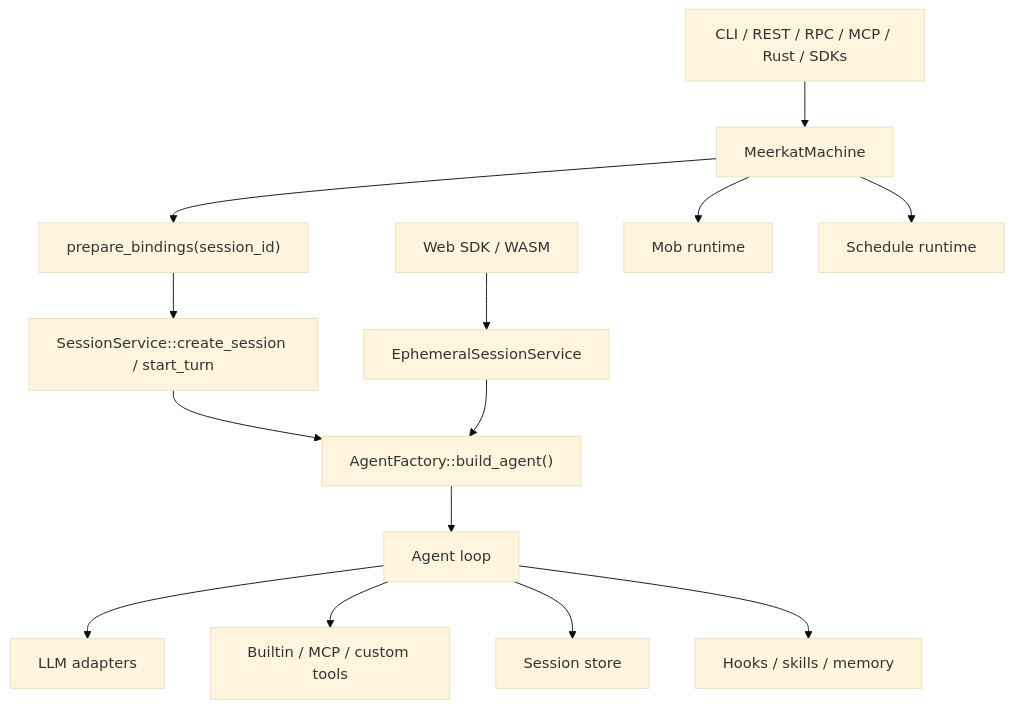
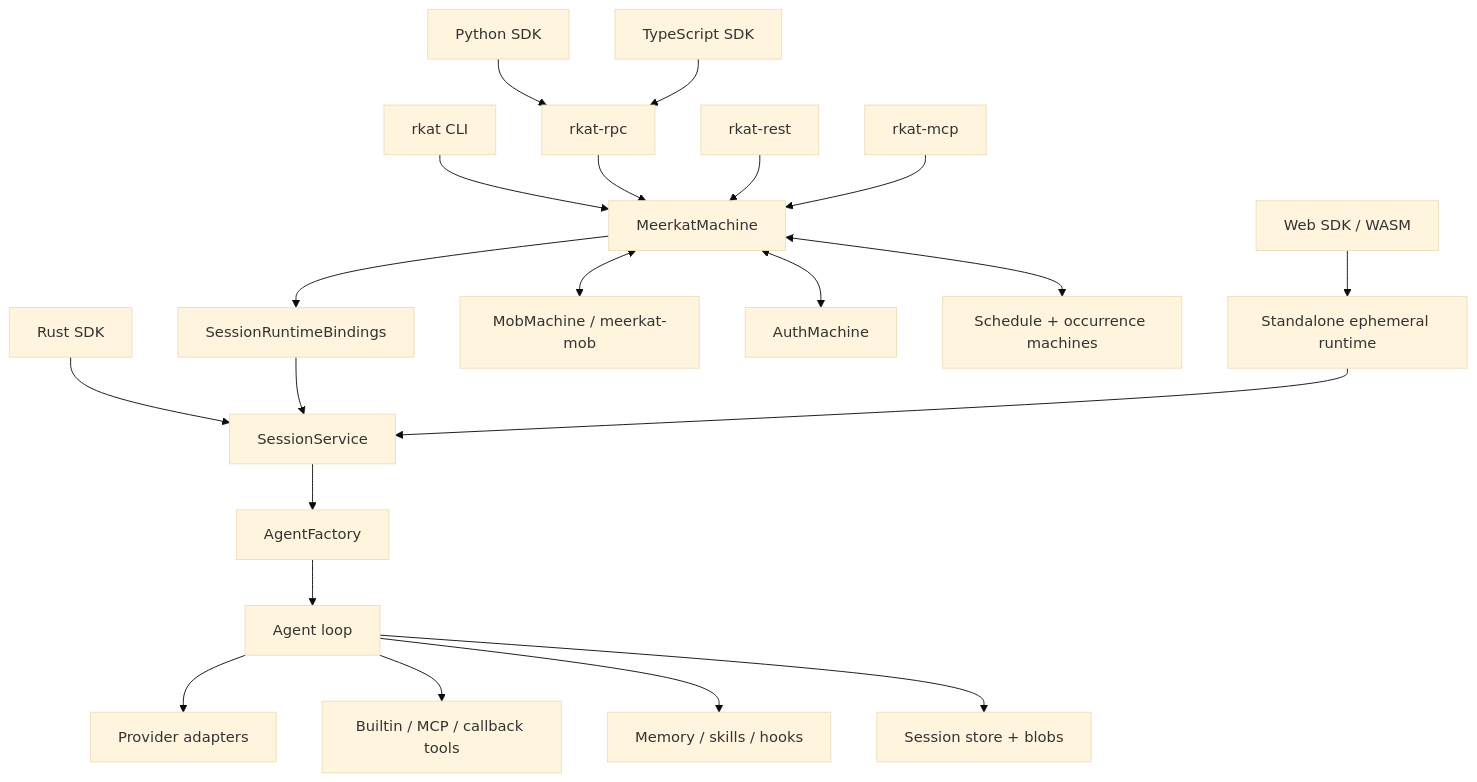
The diagram in docs/reference/architecture.mdx (carenic/meerkat), drawn with Mermaid (base theme) before and after one commit. The commit also changed other lines of this file and 85 other files, not shown here.

````diff
--- a/docs/reference/architecture.mdx
+++ b/docs/reference/architecture.mdx
@@ -15,17 +19,26 @@
 ```mermaid
-graph TD
-    SURFACES["CLI / REST / RPC / MCP / Rust / SDKs"] --> MACHINE["MeerkatMachine"]
-    MACHINE --> BINDINGS["prepare_bindings(session_id)"]
-    BINDINGS --> SERVICE["SessionService::create_session / start_turn"]
-    SERVICE --> FACTORY["AgentFactory::build_agent()"]
-    WEB["Web SDK / WASM"] --> EPHEMERAL["EphemeralSessionService"]
-    EPHEMERAL --> FACTORY
+flowchart TD
+    CLI["rkat CLI"] --> RUNTIME["MeerkatMachine"]
+    RPC["rkat-rpc"] --> RUNTIME
+    REST["rkat-rest"] --> RUNTIME
+    MCP["rkat-mcp"] --> RUNTIME
+    PY["Python SDK"] --> RPC
+    TS["TypeScript SDK"] --> RPC
+    RUST["Rust SDK"] --> SERVICE["SessionService"]
+    WEB["Web SDK / WASM"] --> EPHEMERAL["Standalone ephemeral runtime"]
+
+    RUNTIME --> BINDINGS["SessionRuntimeBindings"]
+    BINDINGS --> SERVICE
+    EPHEMERAL --> SERVICE
+    SERVICE --> FACTORY["AgentFactory"]
     FACTORY --> AGENT["Agent loop"]
 
-    AGENT --> PROVIDERS["LLM adapters"]
-    AGENT --> TOOLS["Builtin / MCP / custom tools"]
-    AGENT --> STORE["Session store"]
-    AGENT --> HOOKS["Hooks / skills / memory"]
-    MACHINE --> MOB["Mob runtime"]
-    MACHINE --> SCHEDULE["Schedule runtime"]
+    AGENT --> PROVIDERS["Provider adapters"]
+    AGENT --> TOOLS["Builtin / MCP / callback tools"]
+    AGENT --> MEMORY["Memory / skills / hooks"]
+    AGENT --> STORE["Session store + blobs"]
+
+    RUNTIME <--> MOB["MobMachine / meerkat-mob"]
+    RUNTIME <--> AUTH["AuthMachine"]
+    RUNTIME <--> SCHEDULE["Schedule + occurrence machines"]
 ```
````
